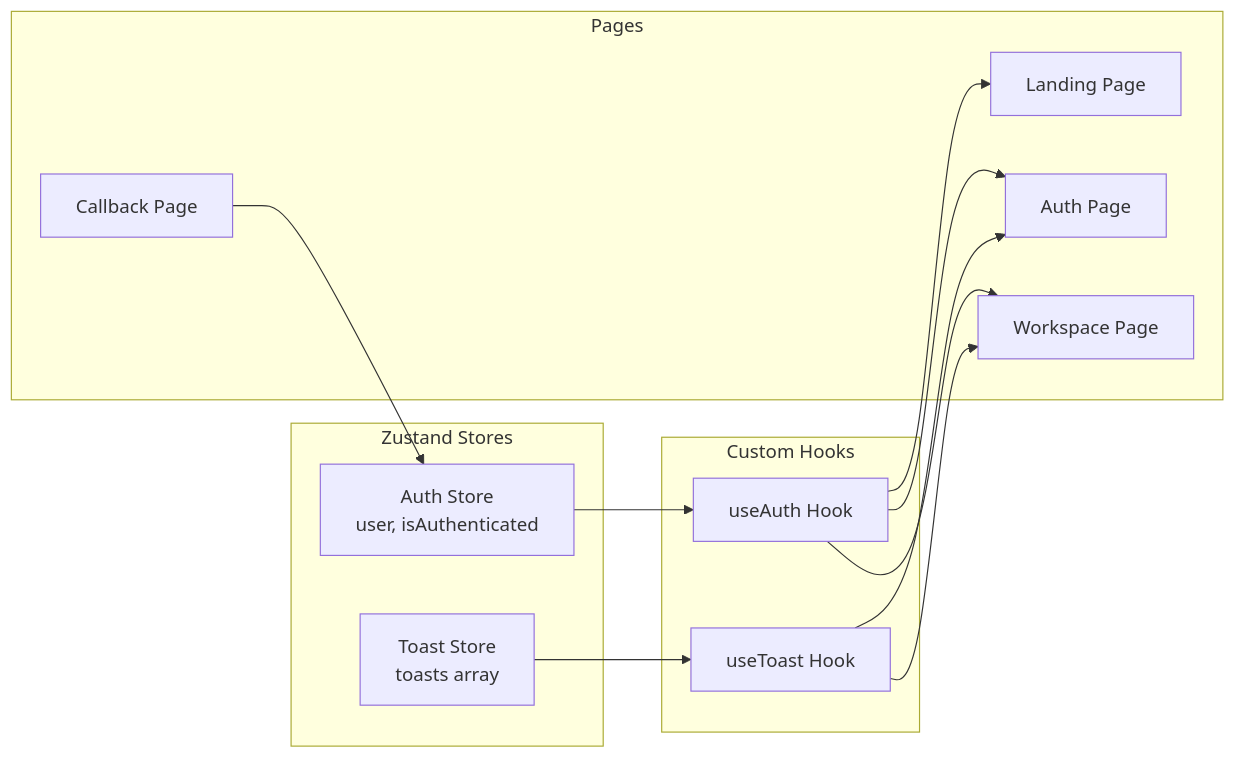
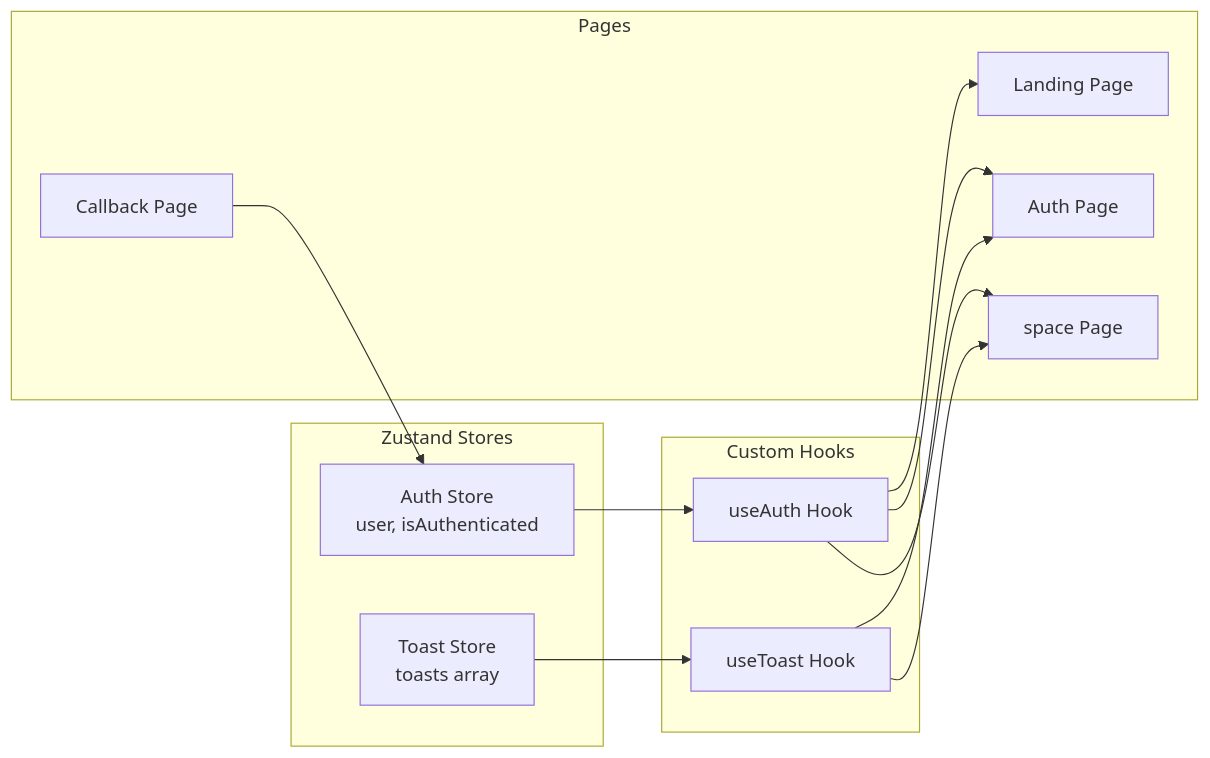
One commit to todait/scrumble-frontend changed the third of 9 diagrams in docs/NEXTJS_GUIDE.md. Above: the diagram before and after it, drawn with Mermaid. The commit also changed other lines of this file and 66 other files, not shown here.

````diff
--- a/docs/NEXTJS_GUIDE.md
+++ b/docs/NEXTJS_GUIDE.md
@@ -99,31 +99,31 @@
 ```mermaid
 graph LR
     subgraph "Zustand Stores"
         AuthStore[Auth Store<br/>user, isAuthenticated]
         ToastStore[Toast Store<br/>toasts array]
     end
-    
+
     subgraph "Custom Hooks"
         useAuth[useAuth Hook]
         useToast[useToast Hook]
     end
-    
+
     subgraph "Pages"
         Landing[Landing Page]
         Auth[Auth Page]
         Callback[Callback Page]
-        Workspace[Workspace Page]
+        space[space Page]
     end
-    
+
     AuthStore --> useAuth
     ToastStore --> useToast
-    
+
     useAuth --> Landing
     useAuth --> Auth
-    useAuth --> Workspace
-    
+    useAuth --> space
+
     useToast --> Auth
-    useToast --> Workspace
-    
+    useToast --> space
+
     Callback --> AuthStore
 ```
````
